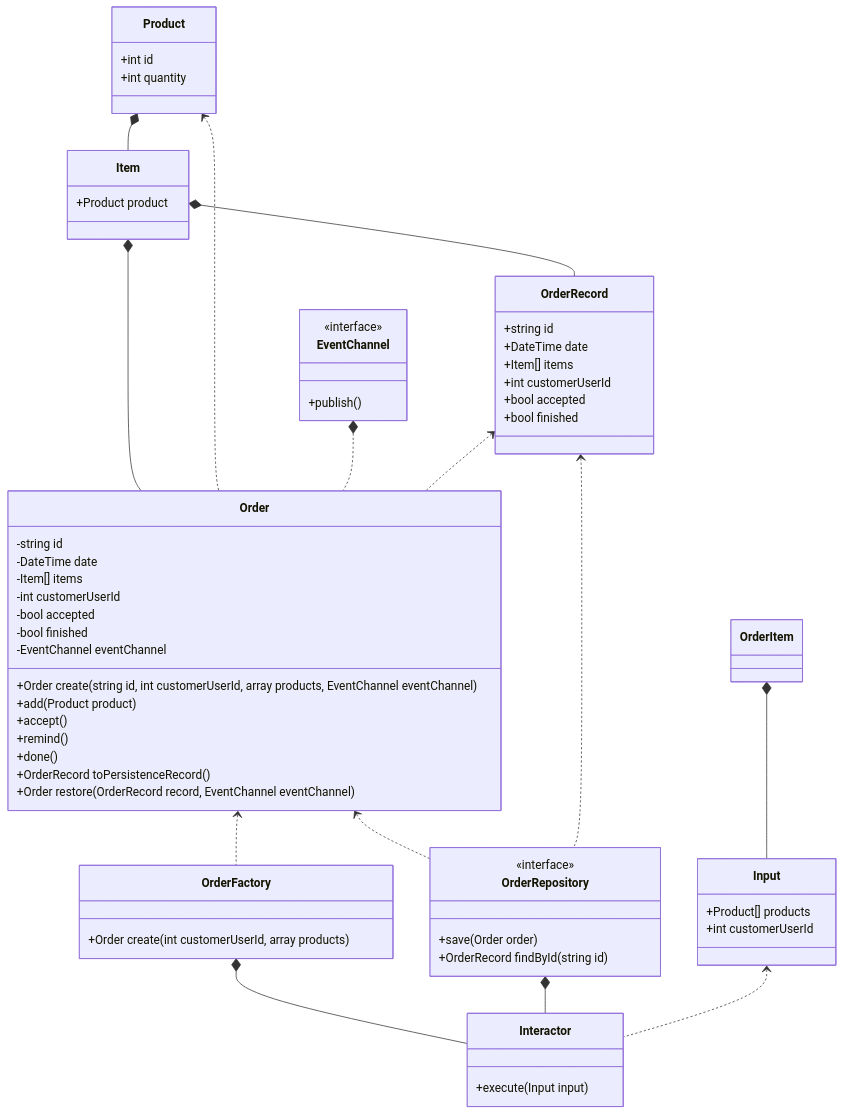
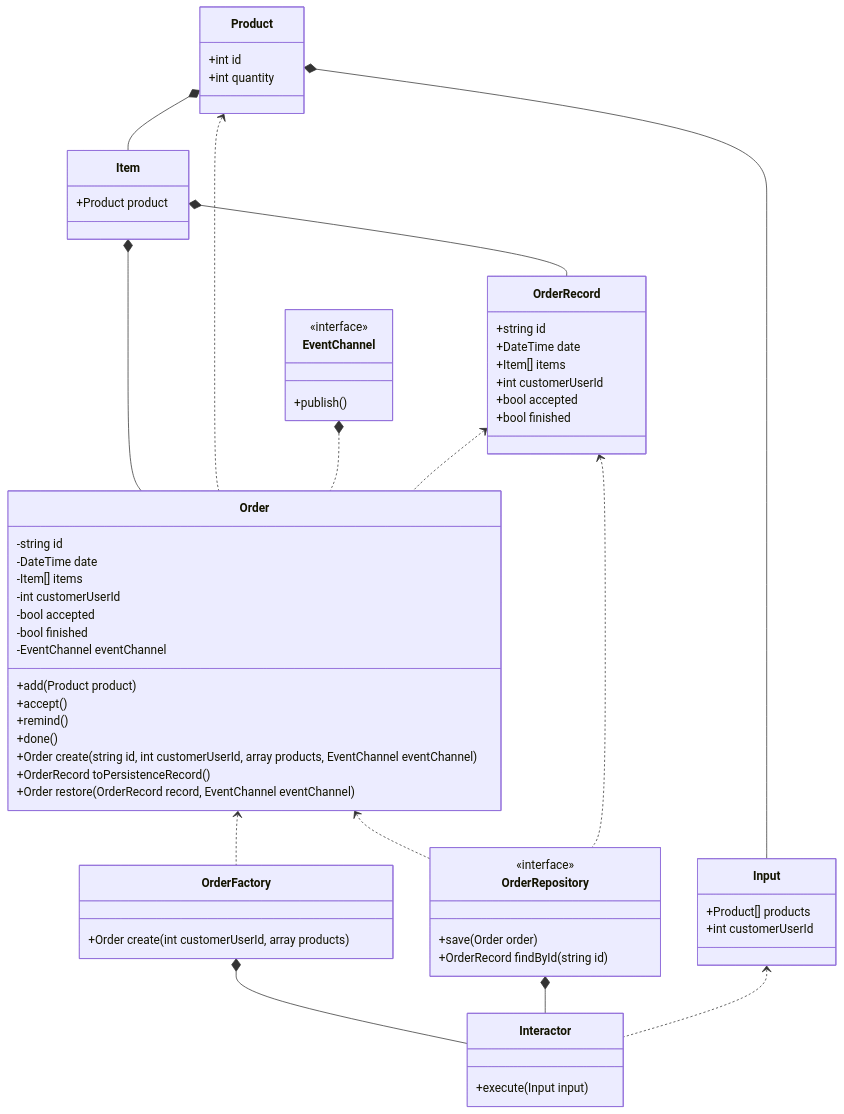
One commit to youhei-ushio/nicoshop changed the diagram in README.md. Above: the diagram before and after it, drawn with Mermaid.

````diff
--- a/README.md
+++ b/README.md
@@ -10,68 +10,68 @@
 ```mermaid
 classDiagram
     Item *-- Order
     Product *-- Item
     Product <.. Order
     EventChannel *.. Order
     OrderRecord <.. Order
     Item *-- OrderRecord
     Order <.. OrderFactory
     Order <.. OrderRepository
     class Product{
       +int id
       +int quantity
     }
     class Item{
       +Product product
     }
     class Order{
       -string id
       -DateTime date
       -Item[] items
       -int customerUserId
       -bool accepted
       -bool finished
       -EventChannel eventChannel
 
-      +Order create(string id, int customerUserId, array products, EventChannel eventChannel)
       +add(Product product)
       +accept()
       +remind()
       +done()
+      +Order create(string id, int customerUserId, array products, EventChannel eventChannel)
       +OrderRecord toPersistenceRecord()
       +Order restore(OrderRecord record, EventChannel eventChannel)
     }
     class EventChannel{
       <<interface>>
       +publish()
     }
     class OrderRecord{
       +string id
       +DateTime date
       +Item[] items
       +int customerUserId
       +bool accepted
       +bool finished
     }
     class OrderFactory {
       +Order create(int customerUserId, array products)
     }
     class OrderRepository{
       <<interface>>
       +save(Order order)
       +OrderRecord findById(string id) 
     }
 
     OrderFactory *-- Interactor
     OrderRepository *-- Interactor
     OrderRecord <.. OrderRepository
     Input <.. Interactor
-    OrderItem *-- Input
+    Product *-- Input
     class Interactor{
       +execute(Input input)
     }
     class Input{
       +Product[] products
       +int customerUserId
     }
 ```
````
